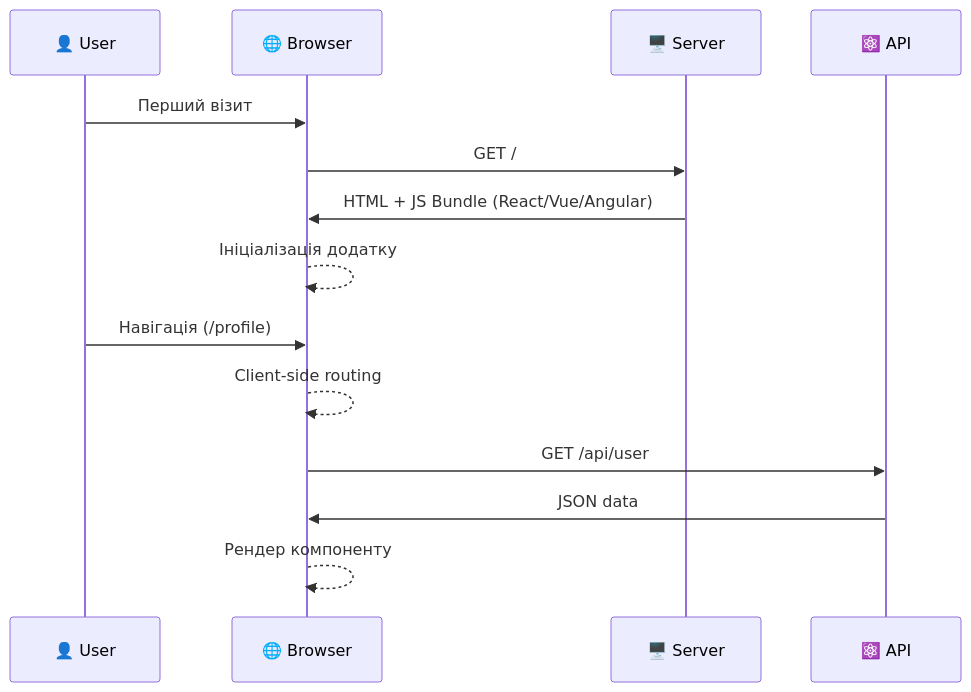
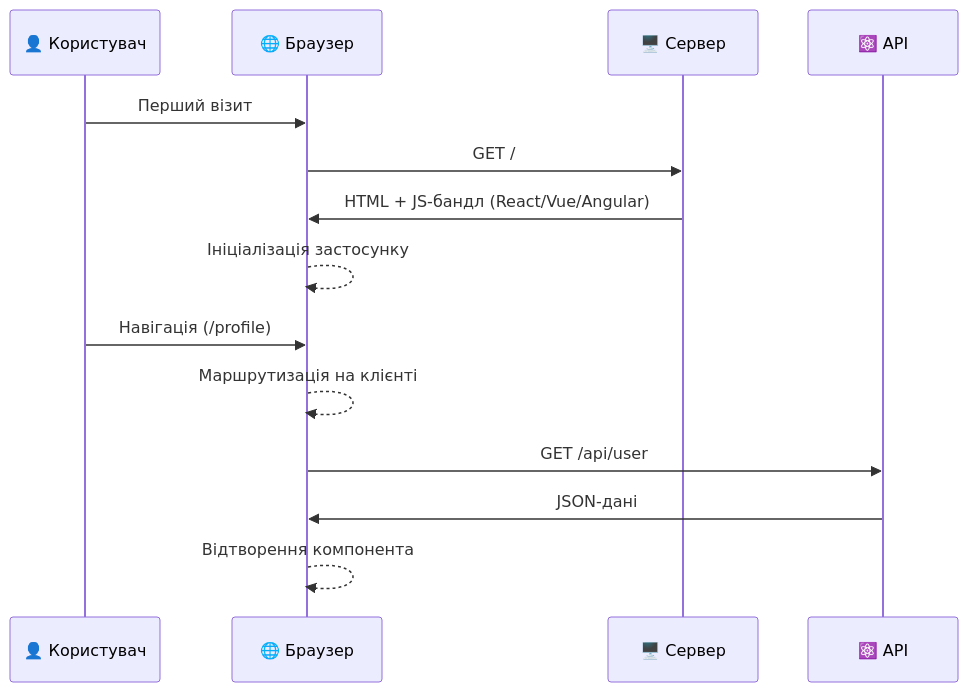
Before and after one commit to olroi421/course-web: diagram 11 of 19 in lectures/lecture-01.md, drawn with Mermaid. The commit also changed other lines of this file and 4 other files, not shown here.

````diff
--- a/lectures/lecture-01.md
+++ b/lectures/lecture-01.md
@@ -771,18 +815,18 @@
 ```mermaid
 sequenceDiagram
-    participant U as 👤 User
-    participant B as 🌐 Browser
-    participant S as 🖥️ Server
+    participant U as 👤 Користувач
+    participant B as 🌐 Браузер
+    participant S as 🖥️ Сервер
     participant A as ⚛️ API
 
     U->>B: Перший візит
     B->>S: GET /
-    S->>B: HTML + JS Bundle (React/Vue/Angular)
-    B-->>B: Ініціалізація додатку
+    S->>B: HTML + JS-бандл (React/Vue/Angular)
+    B-->>B: Ініціалізація застосунку
 
     U->>B: Навігація (/profile)
-    B-->>B: Client-side routing
+    B-->>B: Маршрутизація на клієнті
     B->>A: GET /api/user
-    A->>B: JSON data
-    B-->>B: Рендер компоненту
+    A->>B: JSON-дані
+    B-->>B: Відтворення компонента
 ```
````
